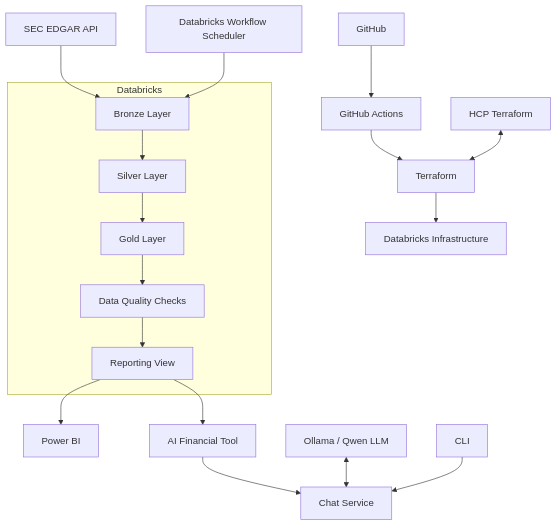
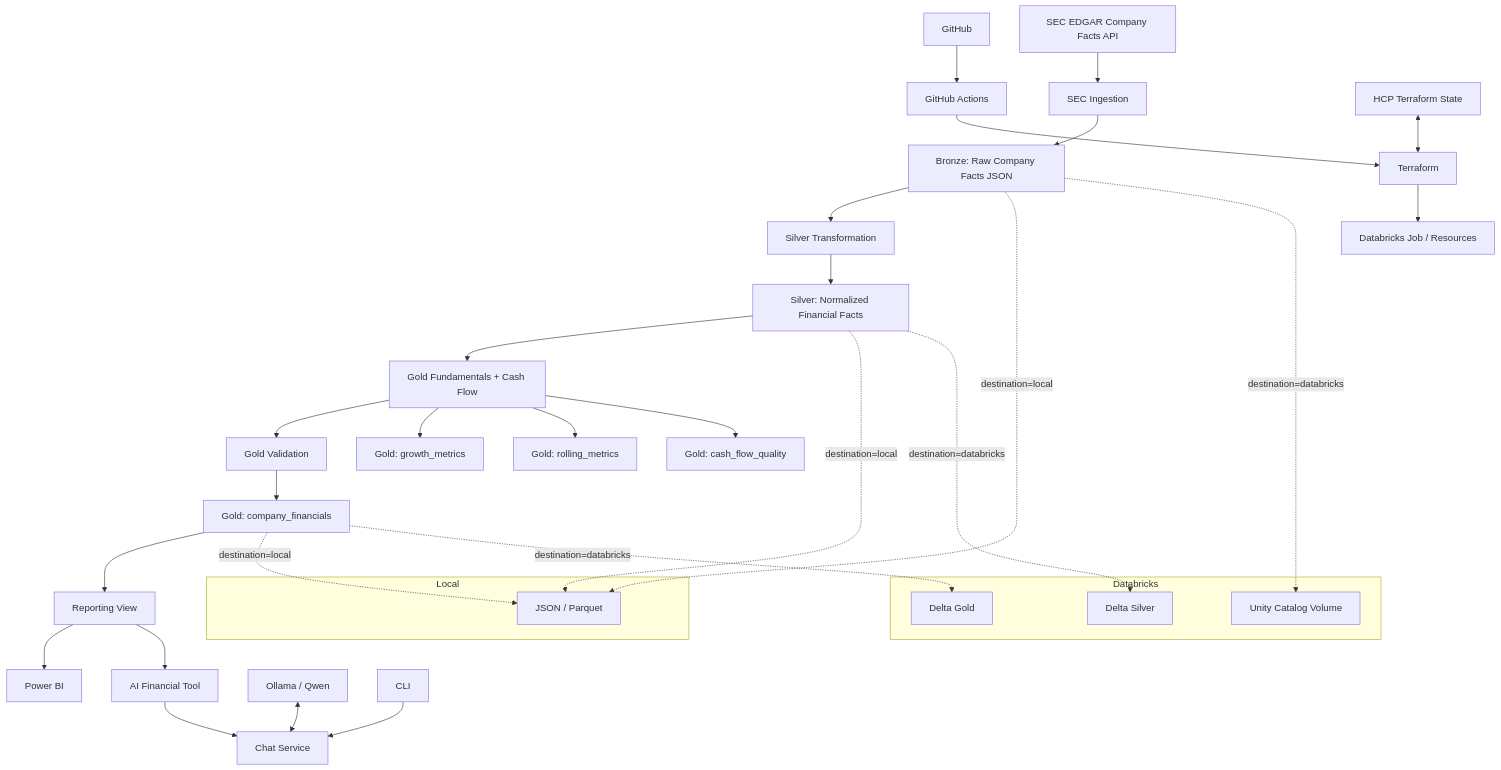
One commit to vahidsadat/alpha-lake changed the diagram in README.md. Above: the diagram before and after it, drawn with Mermaid. The commit also changed other lines of this file and 5 other files, not shown here.

Commit message:
modify ReadMe and architecture.md and Terraform

````diff
--- a/README.md
+++ b/README.md
@@ -26,27 +24,43 @@
 ```mermaid
 flowchart TD
-    A[SEC EDGAR API] --> B[Bronze Layer]
-    B --> C[Silver Layer]
-    C --> D[Gold Layer]
-    D --> E[Data Quality Checks]
-    E --> F[Reporting View]
-    F --> G[Power BI]
-    F --> H[AI Financial Tool]
-    H --> I[Chat Service]
-    J[Ollama / Qwen LLM] <--> I
-    K[CLI] --> I
+    SEC[SEC EDGAR Company Facts API] --> ING[SEC Ingestion]
+    ING --> B[Bronze: Raw Company Facts JSON]
+    B --> ST[Silver Transformation]
+    ST --> S[Silver: Normalized Financial Facts]
+    S --> GF[Gold Fundamentals + Cash Flow]
+    GF --> Q[Gold Validation]
+    Q --> CF[Gold: company_financials]
+    GF --> GM[Gold: growth_metrics]
+    GF --> RM[Gold: rolling_metrics]
+    GF --> CQ[Gold: cash_flow_quality]
+
+    CF --> RV[Reporting View]
+    RV --> PBI[Power BI]
+    RV --> TOOL[AI Financial Tool]
+    TOOL --> CHAT[Chat Service]
+    LLM[Ollama / Qwen] <--> CHAT
+    CLI[CLI] --> CHAT
+
+    subgraph Local
+        LB[JSON / Parquet]
+    end
 
     subgraph Databricks
-        B
-        C
-        D
-        E
-        F
+        DBB[Unity Catalog Volume]
+        DBS[Delta Silver]
+        DBG[Delta Gold]
     end
 
-    L[GitHub] --> M[GitHub Actions]
-    M --> N[Terraform]
-    N --> O[Databricks Infrastructure]
-    P[HCP Terraform] <--> N
-    Q[Databricks Workflow Scheduler] --> B
+    B -. destination=local .-> LB
+    S -. destination=local .-> LB
+    CF -. destination=local .-> LB
+
+    B -. destination=databricks .-> DBB
+    S -. destination=databricks .-> DBS
+    CF -. destination=databricks .-> DBG
+
+    GH[GitHub] --> GHA[GitHub Actions]
+    GHA --> TF[Terraform]
+    TF --> DBX[Databricks Job / Resources]
+    HCP[HCP Terraform State] <--> TF
 ```
````
